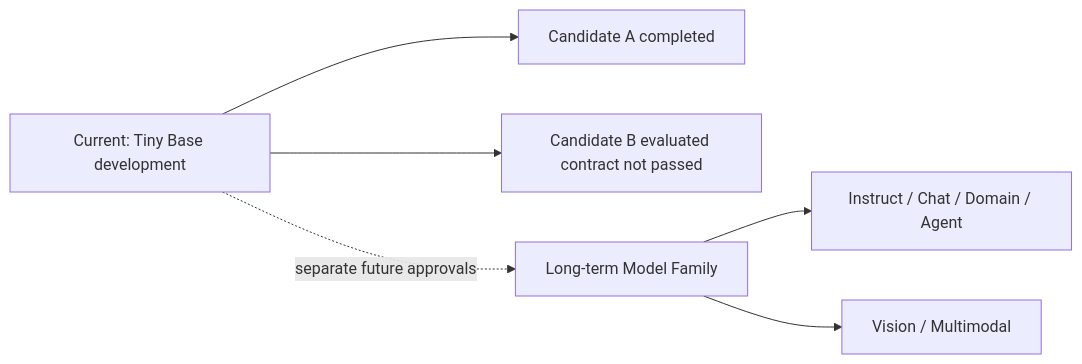
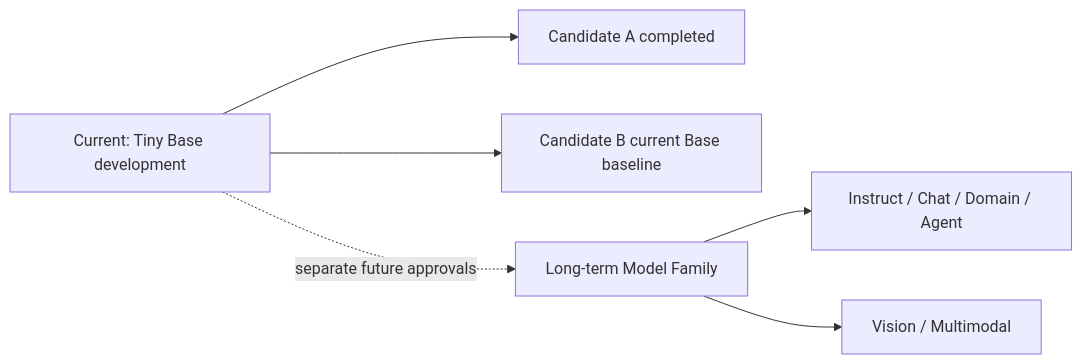
The first of 2 diagrams in docs/project/foundation-model-strategy.md (DohaStudio/DohaLM), drawn with Mermaid before and after one commit. The commit also changed other lines of this file and 26 other files, not shown here.

Commit message:
docs(model): ADR-008 기준 Candidate B Base baseline 승격

````diff
--- a/docs/project/foundation-model-strategy.md
+++ b/docs/project/foundation-model-strategy.md
@@ -39,15 +39,15 @@
 ```mermaid
 flowchart LR
     Current[Current: Tiny Base development]
     CandidateA[Candidate A completed]
-    CandidateB[Candidate B evaluated contract not passed]
+    CandidateB[Candidate B current Base baseline]
     LongTerm[Long-term Model Family]
     Domains[Instruct / Chat / Domain / Agent]
     Multimodal[Vision / Multimodal]
 
     Current --> CandidateA
     Current --> CandidateB
     Current -. separate future approvals .-> LongTerm
     LongTerm --> Domains
     LongTerm --> Multimodal
 ```
````
